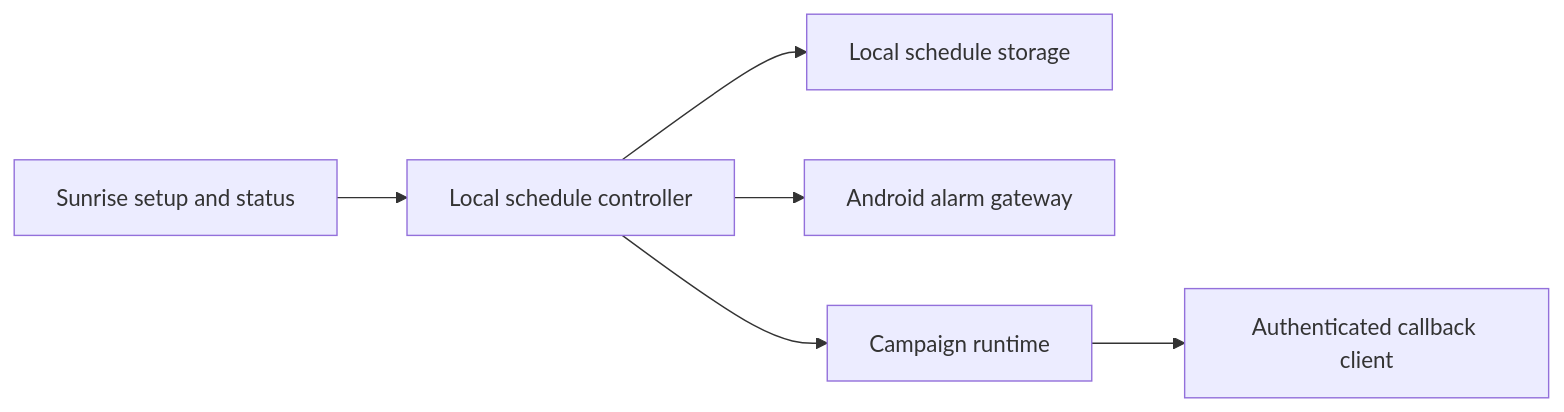
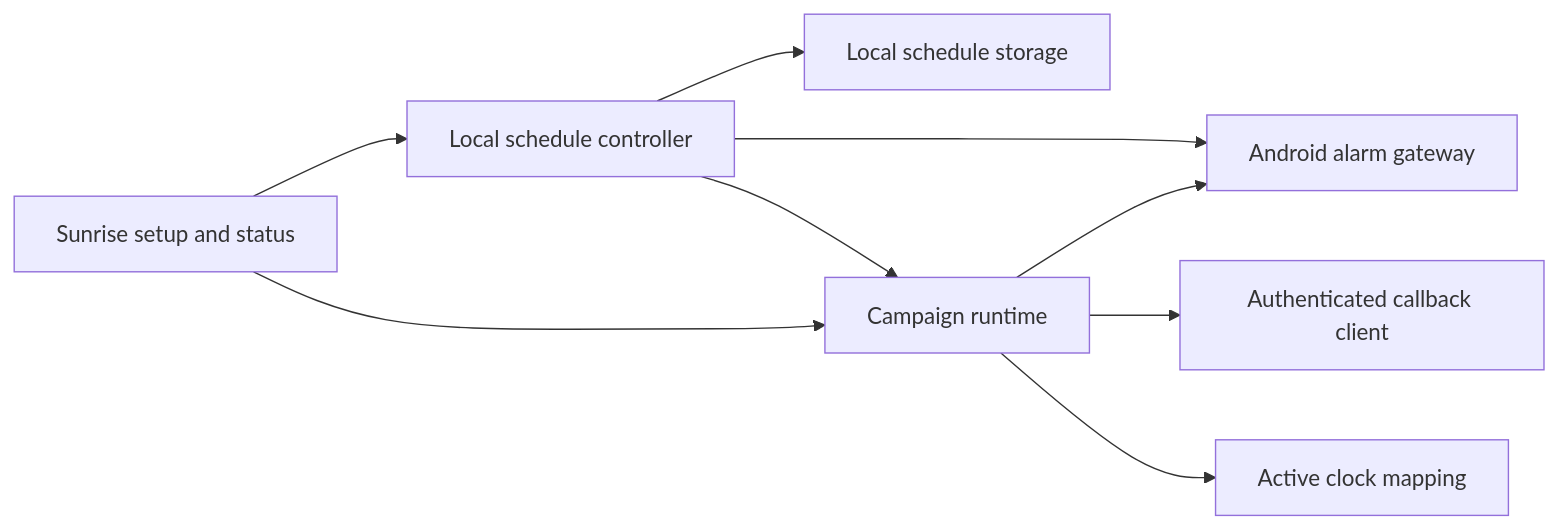
Before and after one commit to TheHypertextStudio/curfew-android: the diagram in docs/SUNRISE_P1.md, drawn with Mermaid. The commit also changed other lines of this file and 27 other files, not shown here.

````diff
--- a/docs/SUNRISE_P1.md
+++ b/docs/SUNRISE_P1.md
@@ -47,14 +58,18 @@
 ```mermaid
 flowchart LR
   UI[Sunrise setup and status]
   S[Local schedule controller]
   P[Local schedule storage]
   G[Android alarm gateway]
   E[Campaign runtime]
+  C[Active clock mapping]
   V[Authenticated callback client]
   UI --> S
   S --> P
   S --> G
   S --> E
   E --> V
+  E --> C
+  E --> G
+  UI --> E
 ```
````
